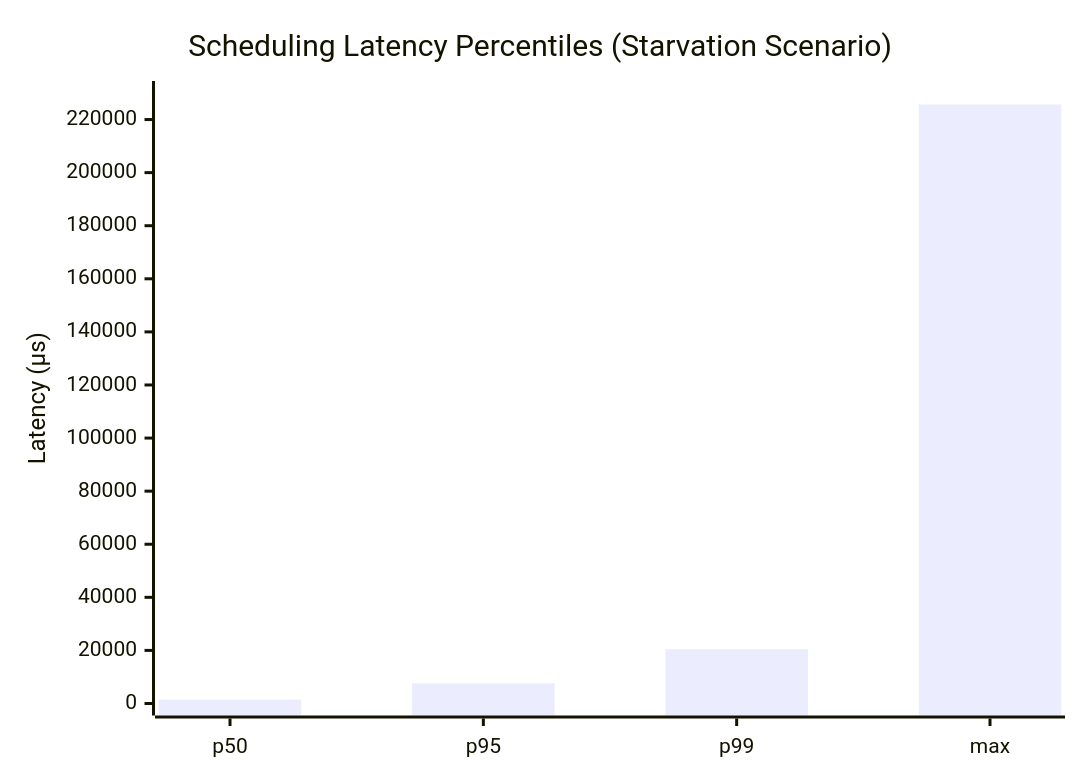
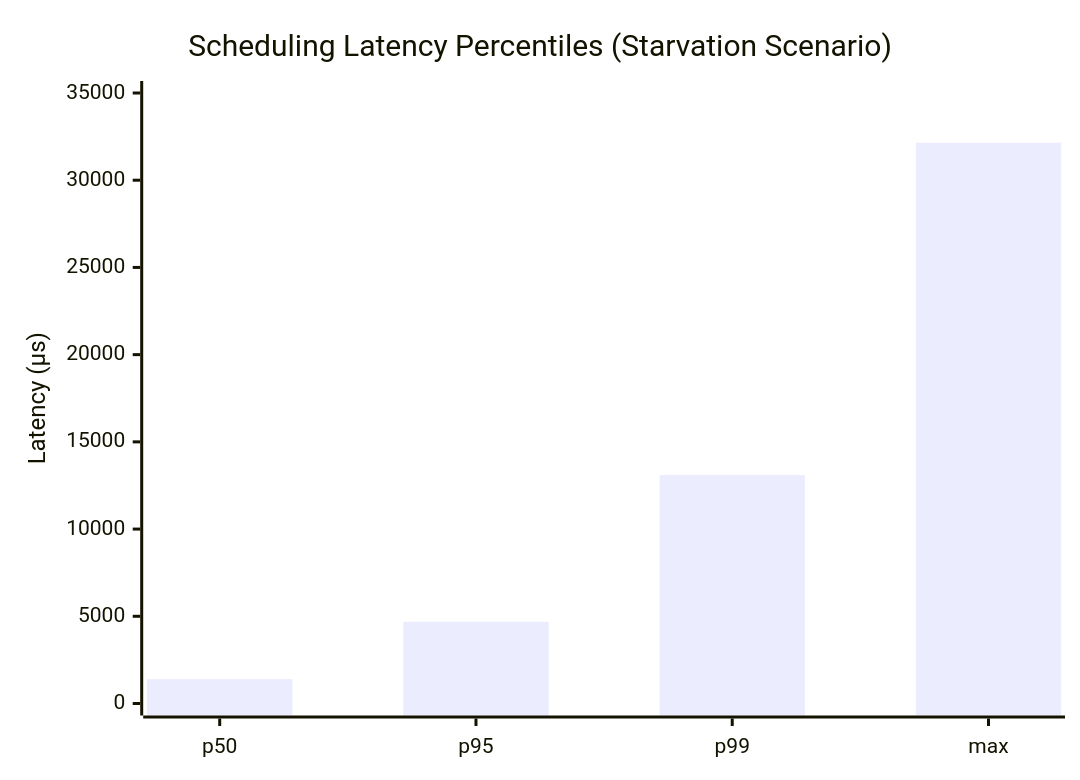
The second of 3 diagrams in benchmark.md (ankitkpandey1/Morpheus), drawn with Mermaid before and after one commit. The commit also changed other lines of this file, not shown here.

````diff
--- a/benchmark.md
+++ b/benchmark.md
@@ -154,7 +153,7 @@
 ```mermaid
 xychart-beta
     title "Scheduling Latency Percentiles (Starvation Scenario)"
     x-axis ["p50", "p95", "p99", "max"]
-    y-axis "Latency (µs)" 0 --> 230000
-    bar [1488, 7608, 20469, 225669]
+    y-axis "Latency (µs)" 0 --> 35000
+    bar [1395, 4688, 13099, 32152]
 ```
````
